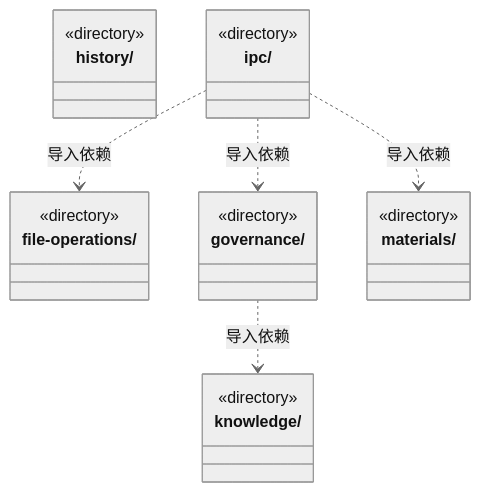
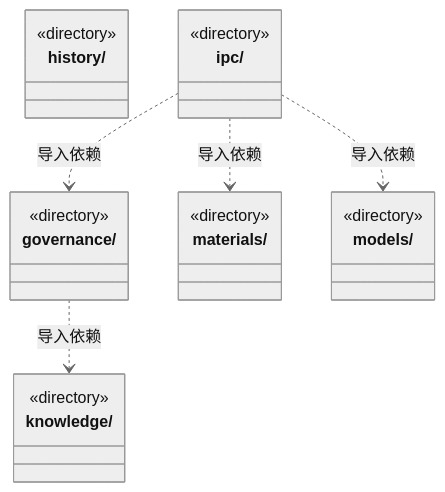
One commit to nan023062/cbim changed the second of 7 diagrams in src/backend/main/ARCHITECTURE.md. Above: the diagram before and after it, drawn with Mermaid (neutral theme). The commit also changed other lines of this file and 74 other files, not shown here.

````diff
--- a/src/backend/main/ARCHITECTURE.md
+++ b/src/backend/main/ARCHITECTURE.md
@@ -44,25 +44,25 @@
 ```mermaid
 classDiagram
-class N_src_backend_main_file_operations["file-operations/"] {
-  <<directory>>
-}
 class N_src_backend_main_governance["governance/"] {
   <<directory>>
 }
 class N_src_backend_main_history["history/"] {
   <<directory>>
 }
 class N_src_backend_main_ipc["ipc/"] {
   <<directory>>
 }
 class N_src_backend_main_knowledge["knowledge/"] {
   <<directory>>
 }
 class N_src_backend_main_materials["materials/"] {
   <<directory>>
 }
+class N_src_backend_main_models["models/"] {
+  <<directory>>
+}
 N_src_backend_main_governance ..> N_src_backend_main_knowledge : 导入依赖
 N_src_backend_main_ipc ..> N_src_backend_main_materials : 导入依赖
+N_src_backend_main_ipc ..> N_src_backend_main_models : 导入依赖
 N_src_backend_main_ipc ..> N_src_backend_main_governance : 导入依赖
-N_src_backend_main_ipc ..> N_src_backend_main_file_operations : 导入依赖
 ```
````
